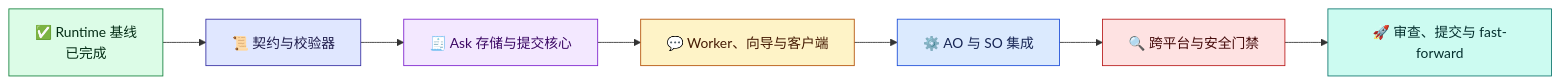
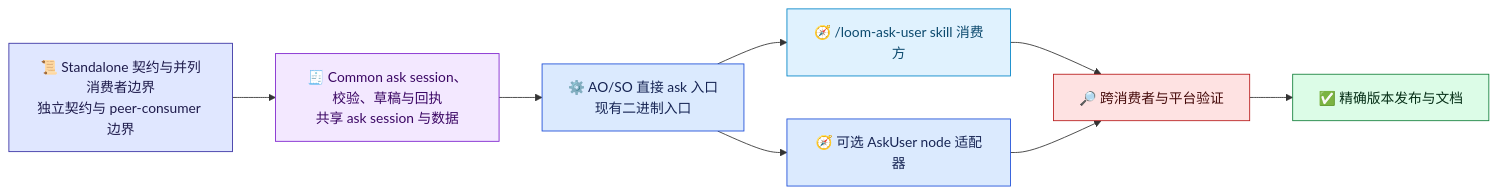
The diagram in docs/zh-cn/architecture/ask-user-implementation-plan.md (waynebaby/Techne-Loom), drawn with Mermaid before and after one commit. The commit also changed other lines of this file and 38 other files, not shown here.

````diff
--- a/docs/zh-cn/architecture/ask-user-implementation-plan.md
+++ b/docs/zh-cn/architecture/ask-user-implementation-plan.md
@@ -17,24 +15,23 @@
 ```mermaid
 flowchart LR
-    BASE["✅ Runtime 基线<br/>已完成"] --> CONTRACT["📜 契约与校验器"]
-    CONTRACT --> STORE["🧾 Ask 存储与提交核心"]
-    STORE --> CLIENT["💬 Worker、向导与客户端"]
-    CLIENT --> HOSTS["⚙️ AO 与 SO 集成"]
-    HOSTS --> CROSS["🔍 跨平台与安全门禁"]
-    CROSS --> REVIEW["🚀 审查、提交与 fast-forward"]
+    SPEC["📜 Standalone 契约与并列消费者边界<br/>独立契约与 peer-consumer 边界"] --> COMMON["🧾 Common ask session、校验、草稿与回执<br/>共享 ask session 与数据"]
+    COMMON --> BINARIES["⚙️ AO/SO 直接 ask 入口<br/>现有二进制入口"]
+    BINARIES --> SKILL["🧭 /loom-ask-user skill 消费方"]
+    BINARIES --> NODE["🧭 可选 AskUser node 适配器"]
+    SKILL --> VERIFY["🔎 跨消费者与平台验证"]
+    NODE --> VERIFY
+    VERIFY --> RELEASE["✅ 精确版本发布与文档"]
 
-    classDef complete fill:#dcfce7,stroke:#15803d,color:#052e16;
     classDef contract fill:#e0e7ff,stroke:#3730a3,color:#1e1b4b;
     classDef evidence fill:#f3e8ff,stroke:#7e22ce,color:#3b0764;
-    classDef user fill:#fef3c7,stroke:#b45309,color:#451a03;
     classDef runtime fill:#dbeafe,stroke:#1d4ed8,color:#172554;
-    classDef validation fill:#fee2e2,stroke:#b91c1c,color:#450a0a;
-    classDef delivery fill:#ccfbf1,stroke:#0f766e,color:#042f2e;
-    class BASE complete;
-    class CONTRACT contract;
-    class STORE evidence;
-    class CLIENT user;
-    class HOSTS runtime;
-    class CROSS validation;
-    class REVIEW delivery;
+    classDef intake fill:#e0f2fe,stroke:#0284c7,color:#0c4a6e;
+    classDef inspect fill:#fee2e2,stroke:#b91c1c,color:#450a0a;
+    classDef done fill:#dcfce7,stroke:#15803d,color:#052e16;
+    class SPEC contract;
+    class COMMON evidence;
+    class BINARIES,NODE runtime;
+    class SKILL intake;
+    class VERIFY inspect;
+    class RELEASE done;
 ```
````
